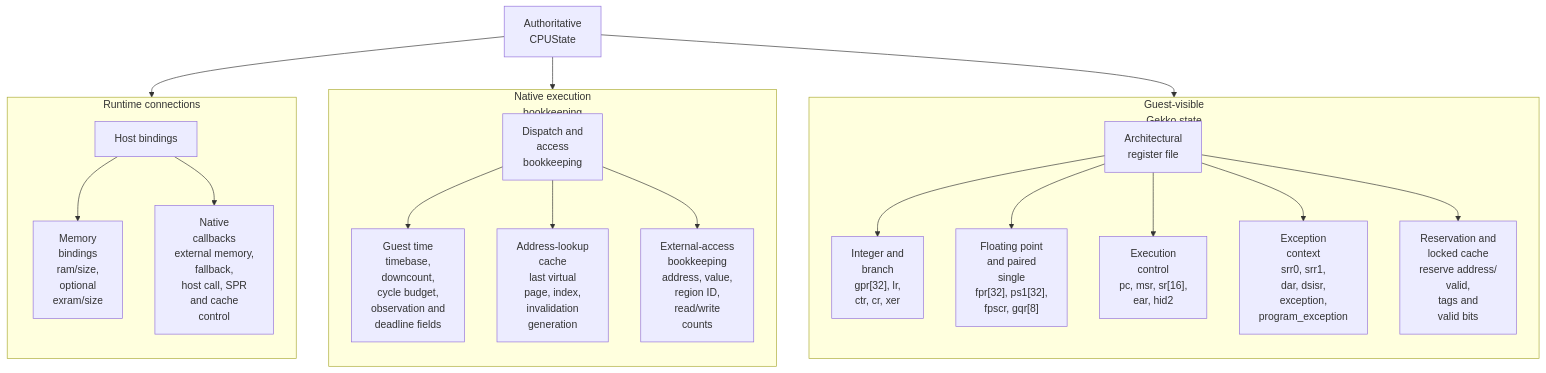
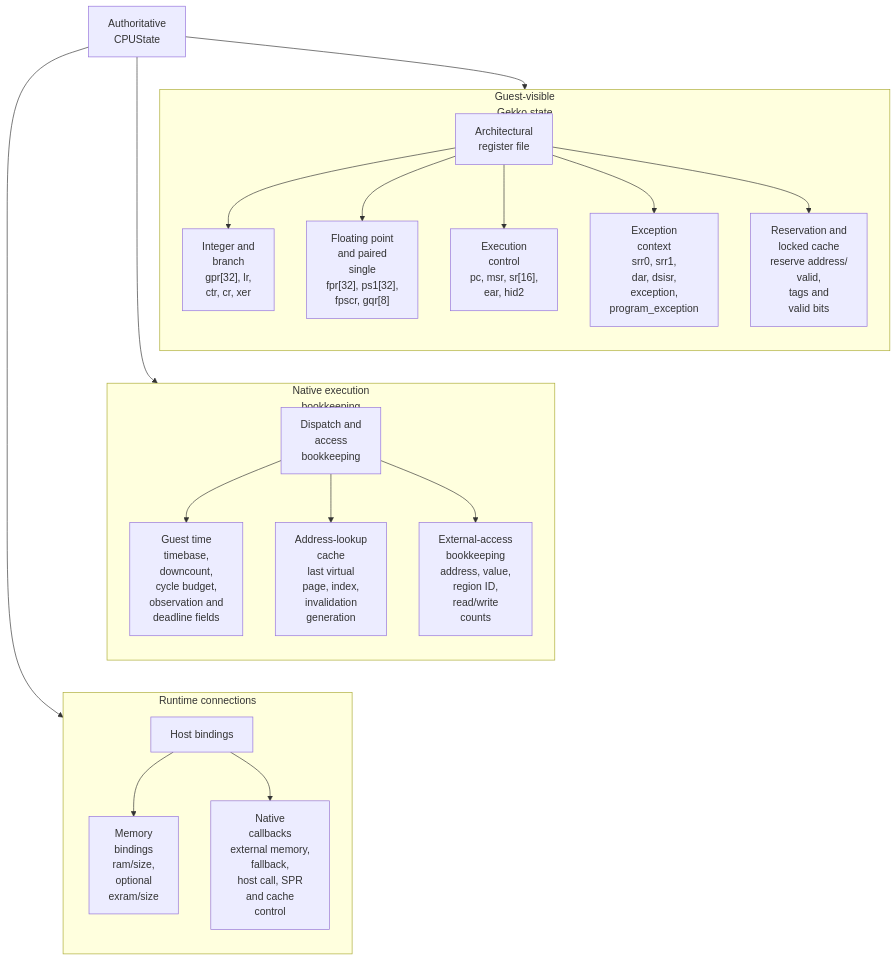
One commit to Aelbannan/boat_of_daphnes changed the fourth of 8 diagrams in docs/architecture/GuestState.md. Above: the diagram before and after it, drawn with Mermaid. The commit also changed other lines of this file and 2 other files, not shown here.

Commit message:
Rebalance dense Mermaid layouts

```diff
--- a/docs/architecture/GuestState.md
+++ b/docs/architecture/GuestState.md
@@ -393,6 +397,8 @@
         Runtime --> Callbacks
     end
 
+    Architectural ~~~ Execution ~~~ Bridge
+
     State --> Arch
     State --> Exec
     State --> Runtime
```
